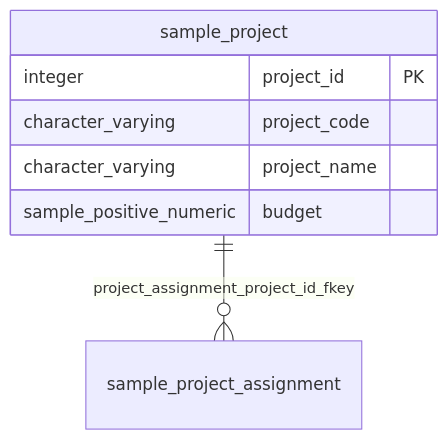
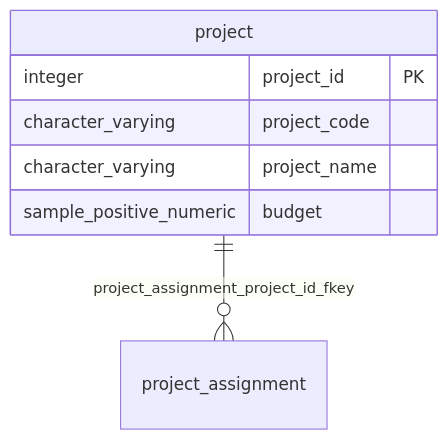
Before and after one commit to ebichan88/exportTableDefinition: the diagram in docs/sample/postgres/output/testdb/sample/table/project.md, drawn with Mermaid. The commit also changed other lines of this file and 46 other files, not shown here.

First line of the commit message:
ER図のエンティティ表示ラベルをMermaidの別名構文でテーブル名のみに簡素化

````diff
--- a/docs/sample/postgres/output/testdb/sample/table/project.md
+++ b/docs/sample/postgres/output/testdb/sample/table/project.md
@@ -58,10 +58,12 @@
 ```mermaid
 erDiagram
+    sample_project["project"]
+    sample_project_assignment["project_assignment"]
     sample_project ||--o{ sample_project_assignment : "project_assignment_project_id_fkey"
     sample_project {
         integer project_id PK
         character_varying project_code
         character_varying project_name
         sample_positive_numeric budget
     }
 ```
````
